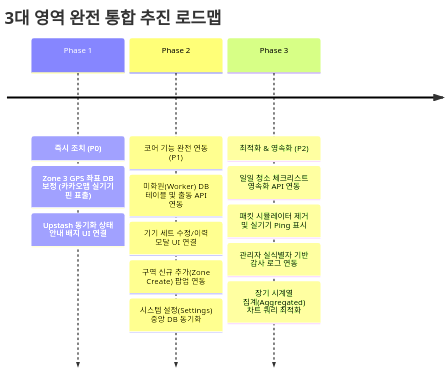
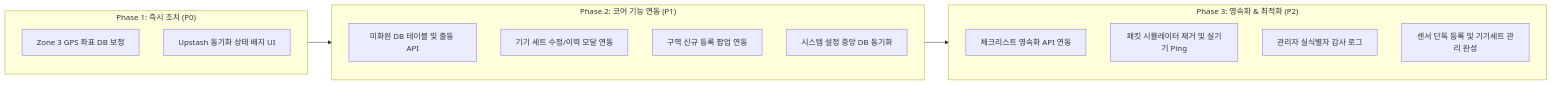
One commit to hyunminboo/TCP_Clean_Management changed the third of 3 diagrams in docs/SYSTEM_IMPROVEMENT_PROPOSAL.md. Above: the diagram before and after it, drawn with Mermaid. The commit also changed other lines of this file and 2 other files, not shown here.

Commit message:
feat: Connect remaining 3 APIs (create sensor, device-set history, device-set update) to UI

````diff
--- a/docs/SYSTEM_IMPROVEMENT_PROPOSAL.md
+++ b/docs/SYSTEM_IMPROVEMENT_PROPOSAL.md
@@ -182,7 +182,23 @@
 ```mermaid
-timeline
-    title 3대 영역 완전 통합 추진 로드맵
-    Phase 1 : 즉시 조치 (P0) : Zone 3 GPS 좌표 DB 보정 (카카오맵 실기기 핀 표출) : Upstash 동기화 상태 안내 배지 UI 연결
-    Phase 2 : 코어 기능 완전 연동 (P1) : 미화원(Worker) DB 테이블 및 출동 API 연동 : 기기 세트 수정/이력 모달 UI 연결 : 구역 신규 추가(Zone Create) 팝업 연동 : 시스템 설정(Settings) 중앙 DB 동기화
-    Phase 3 : 최적화 & 영속화 (P2) : 일일 청소 체크리스트 영속화 API 연동 : 패킷 시뮬레이터 제거 및 실기기 Ping 표시 : 관리자 실식별자 기반 감사 로그 연동 : 장기 시계열 집계(Aggregated) 차트 쿼리 최적화
+flowchart LR
+    subgraph P1["Phase 1: 즉시 조치 (P0)"]
+        P1_1["Zone 3 GPS 좌표 DB 보정"]
+        P1_2["Upstash 동기화 상태 배지 UI"]
+    end
+
+    subgraph P2["Phase 2: 코어 기능 연동 (P1)"]
+        P2_1["미화원 DB 테이블 및 출동 API"]
+        P2_2["기기 세트 수정/이력 모달 연동"]
+        P2_3["구역 신규 등록 팝업 연동"]
+        P2_4["시스템 설정 중앙 DB 동기화"]
+    end
+
+    subgraph P3["Phase 3: 영속화 & 최적화 (P2)"]
+        P3_1["체크리스트 영속화 API 연동"]
+        P3_2["패킷 시뮬레이터 제거 및 실기기 Ping"]
+        P3_3["관리자 실식별자 감사 로그"]
+        P3_4["센서 단독 등록 및 기기세트 관리 완성"]
+    end
+
+    P1 --> P2 --> P3
 ```
````
